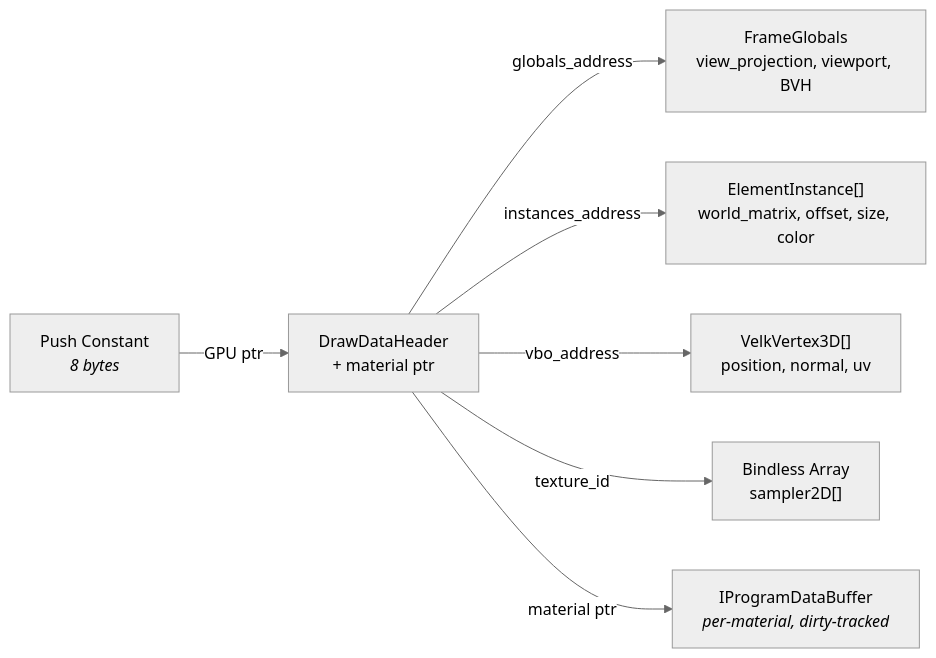
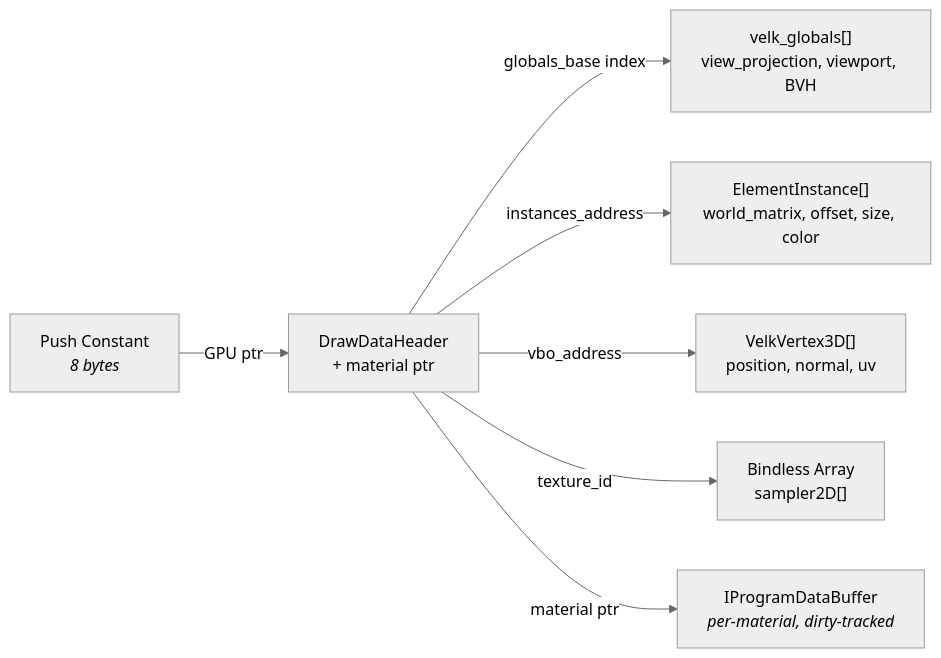
One commit to ljaaskela/velk-platform changed the third of 5 diagrams in docs/render/render-backend.md. Above: the diagram before and after it, drawn with Mermaid (neutral theme). The commit also changed other lines of this file and 9 other files, not shown here.

Commit message:
Graphics set=1 enablement + graphics globals

````diff
--- a/docs/render/render-backend.md
+++ b/docs/render/render-backend.md
@@ -221,9 +221,9 @@
 ```mermaid
 graph LR
     PC["Push Constant<br/><i>8 bytes</i>"] -->|GPU ptr| DDH["DrawDataHeader<br/>+ material ptr"]
-    DDH -->|globals_address| G["FrameGlobals<br/>view_projection, viewport, BVH"]
+    DDH -->|globals_base index| G["velk_globals[]<br/>view_projection, viewport, BVH"]
     DDH -->|instances_address| I["ElementInstance[]<br/>world_matrix, offset, size, color"]
     DDH -->|vbo_address| V["VelkVertex3D[]<br/>position, normal, uv"]
     DDH -->|texture_id| T["Bindless Array<br/>sampler2D[]"]
     DDH -->|material ptr| M["IProgramDataBuffer<br/><i>per-material, dirty-tracked</i>"]
 ```
````
